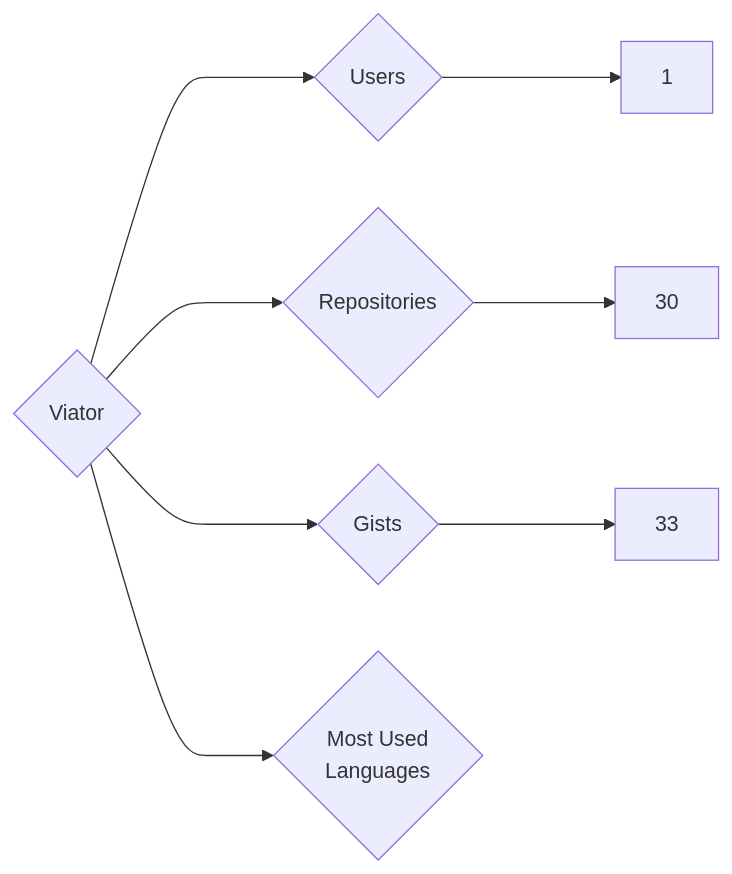
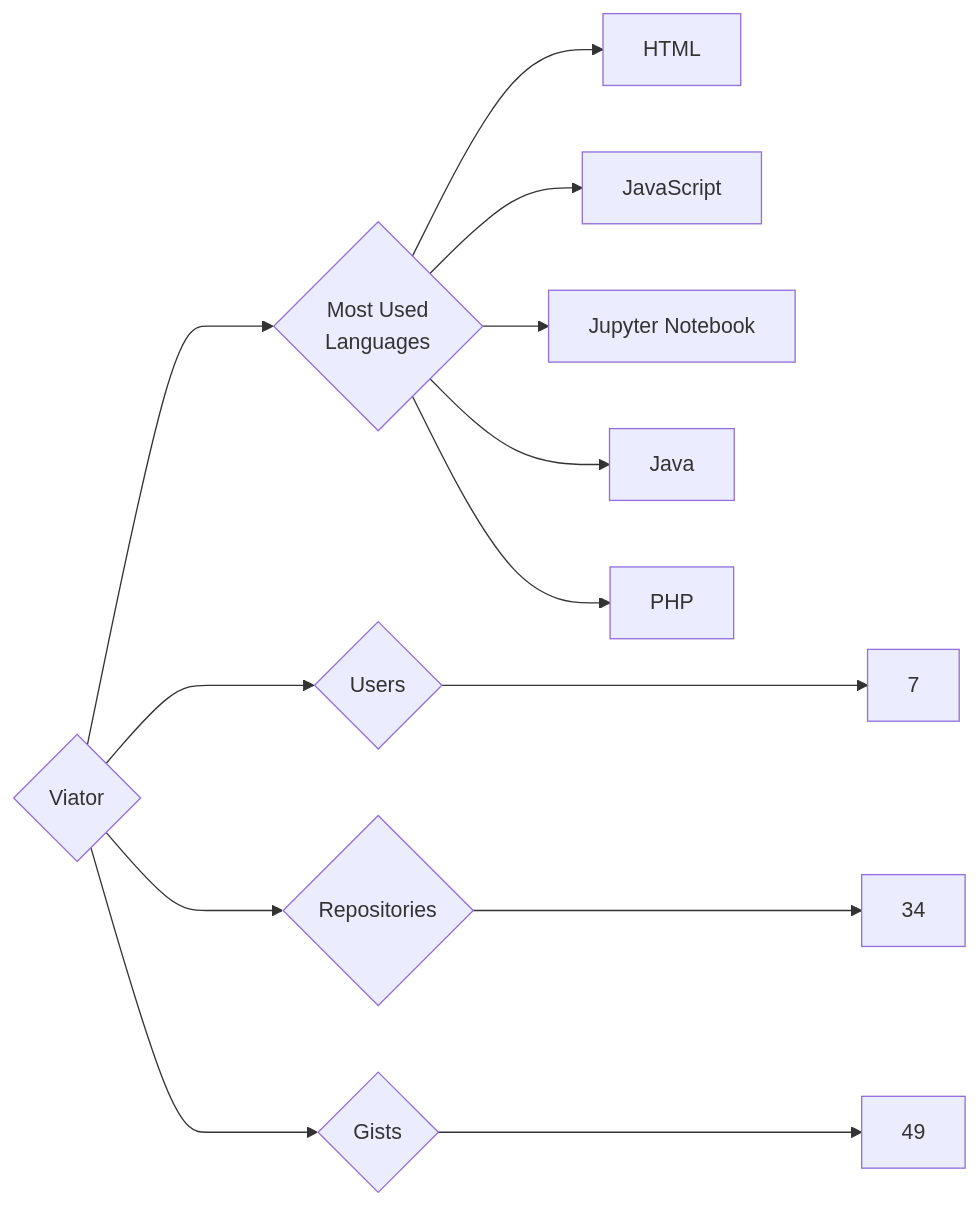
One commit to trickest/insiders changed the diagram in targets/Viator/README.md. Above: the diagram before and after it, drawn with Mermaid. The commit also changed 964 other files, not shown here.

````diff
--- a/targets/Viator/README.md
+++ b/targets/Viator/README.md
@@ -3,8 +3,13 @@
 ```mermaid
 graph LR
 COMPANY_NAME{Viator}
-COMPANY_NAME ---> U{Users} ---> UN[1]
-COMPANY_NAME ---> R{Repositories} ---> RN[30]
-COMPANY_NAME ---> G{Gists} ---> GN[33]
+COMPANY_NAME ---> U{Users} ---> UN[7]
+COMPANY_NAME ---> R{Repositories} ---> RN[34]
+COMPANY_NAME ---> G{Gists} ---> GN[49]
 COMPANY_NAME ---> ML{Most Used<br>Languages}
+ML --> HTML[HTML]
+ML --> JavaScript[JavaScript]
+ML --> Jupyter_Notebook[Jupyter Notebook]
+ML --> Java[Java]
+ML --> PHP[PHP]
 ```
````
